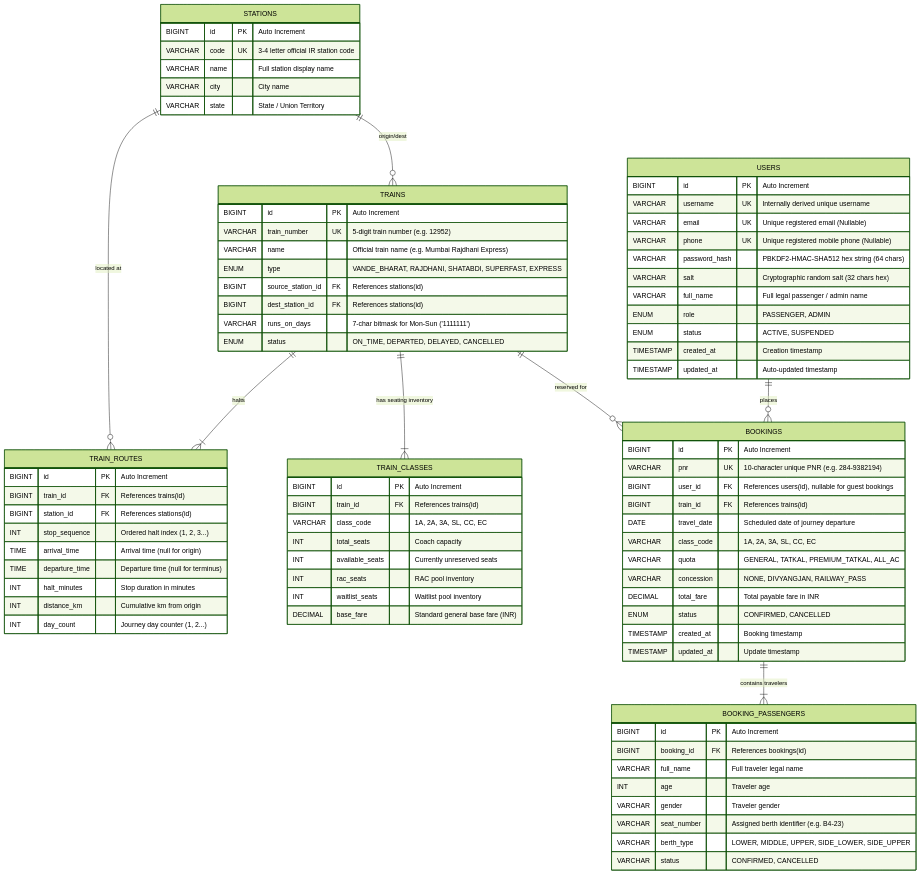
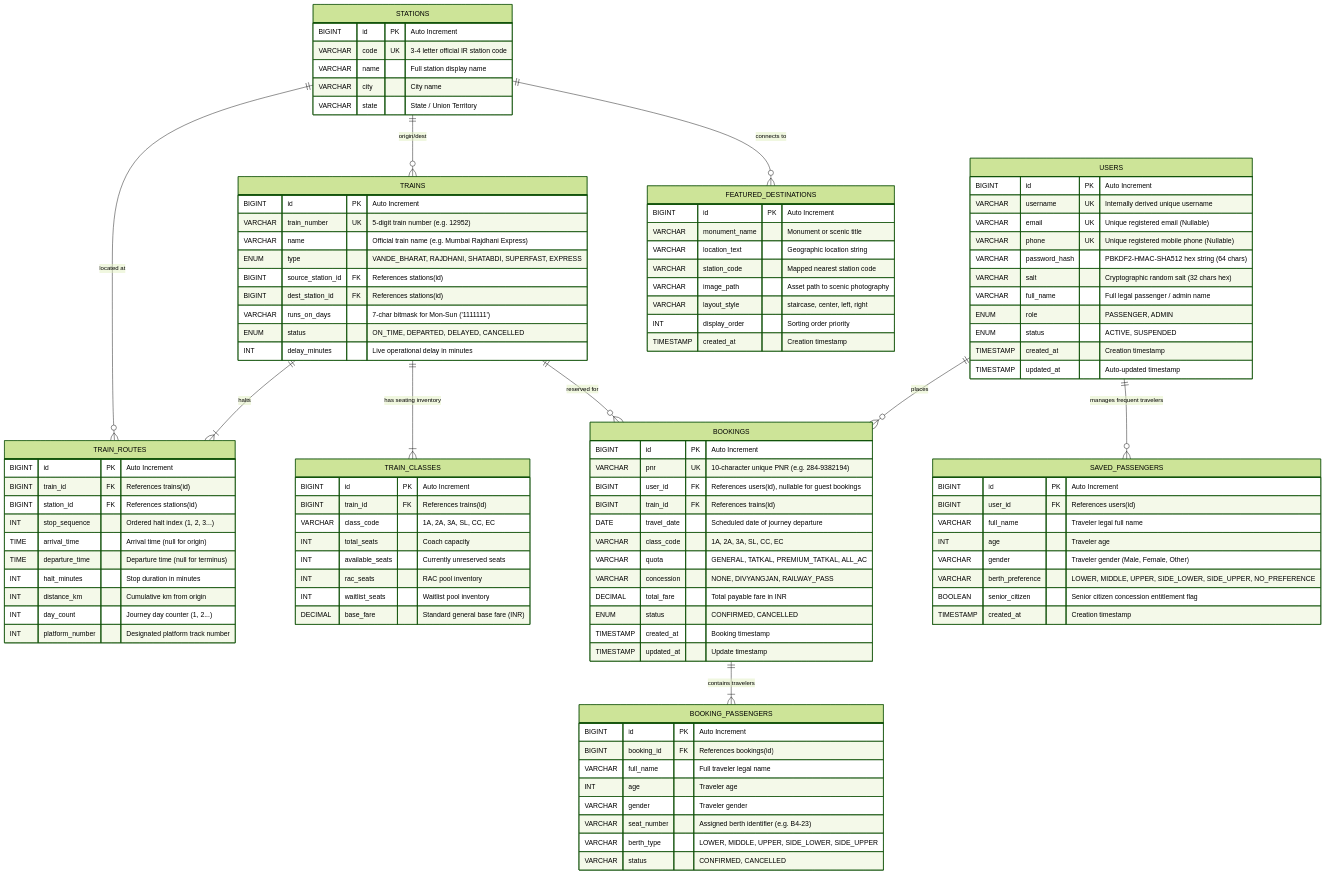
Before and after one commit to RishuKumarCodes/train-ticket-management-application: the diagram in docs/02-system-design/database-design.md, drawn with Mermaid (forest theme). The commit also changed other lines of this file and 85 other files, not shown here.

Commit message:
completed whole app in both user and admin side

````diff
--- a/docs/02-system-design/database-design.md
+++ b/docs/02-system-design/database-design.md
@@ -60,6 +60,7 @@
         BIGINT dest_station_id FK "References stations(id)"
         VARCHAR runs_on_days "7-char bitmask for Mon-Sun ('1111111')"
         ENUM status "ON_TIME, DEPARTED, DELAYED, CANCELLED"
+        INT delay_minutes "Live operational delay in minutes"
     }
 
     TRAIN_ROUTES {
@@ -72,6 +73,7 @@
         INT halt_minutes "Stop duration in minutes"
         INT distance_km "Cumulative km from origin"
         INT day_count "Journey day counter (1, 2...)"
+        INT platform_number "Designated platform track number"
     }
 
     TRAIN_CLASSES {
@@ -111,11 +113,35 @@
         VARCHAR status "CONFIRMED, CANCELLED"
     }
 
+    SAVED_PASSENGERS {
+        BIGINT id PK "Auto Increment"
+        BIGINT user_id FK "References users(id)"
+        VARCHAR full_name "Traveler legal full name"
+        INT age "Traveler age"
+        VARCHAR gender "Traveler gender (Male, Female, Other)"
+        VARCHAR berth_preference "LOWER, MIDDLE, UPPER, SIDE_LOWER, SIDE_UPPER, NO_PREFERENCE"
+        BOOLEAN senior_citizen "Senior citizen concession entitlement flag"
+        TIMESTAMP created_at "Creation timestamp"
+    }
+
+    FEATURED_DESTINATIONS {
+        BIGINT id PK "Auto Increment"
+        VARCHAR monument_name "Monument or scenic title"
+        VARCHAR location_text "Geographic location string"
+        VARCHAR station_code "Mapped nearest station code"
+        VARCHAR image_path "Asset path to scenic photography"
+        VARCHAR layout_style "staircase, center, left, right"
+        INT display_order "Sorting order priority"
+        TIMESTAMP created_at "Creation timestamp"
+    }
+
     STATIONS ||--o{ TRAINS : "origin/dest"
     TRAINS ||--|{ TRAIN_ROUTES : "halts"
     STATIONS ||--o{ TRAIN_ROUTES : "located at"
     TRAINS ||--|{ TRAIN_CLASSES : "has seating inventory"
     USERS ||--o{ BOOKINGS : "places"
+    USERS ||--o{ SAVED_PASSENGERS : "manages frequent travelers"
     TRAINS ||--o{ BOOKINGS : "reserved for"
     BOOKINGS ||--|{ BOOKING_PASSENGERS : "contains travelers"
+    STATIONS ||--o{ FEATURED_DESTINATIONS : "connects to"
 ```
````
